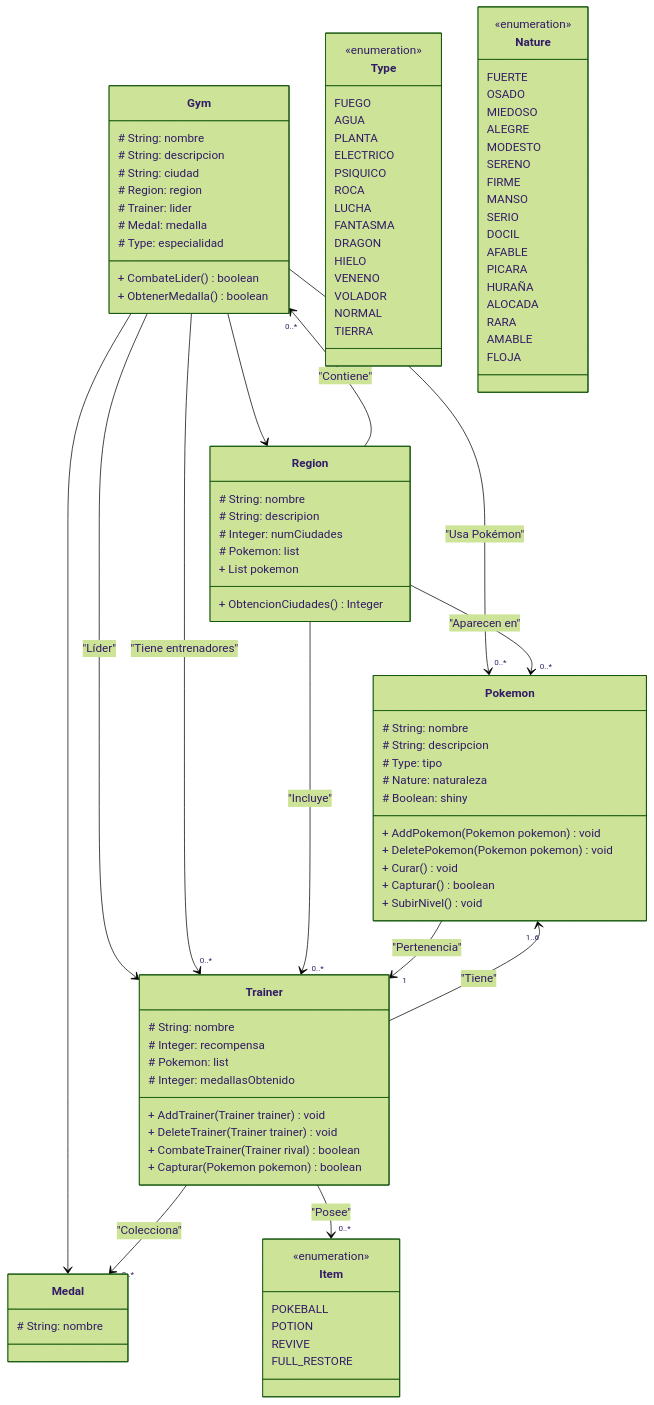
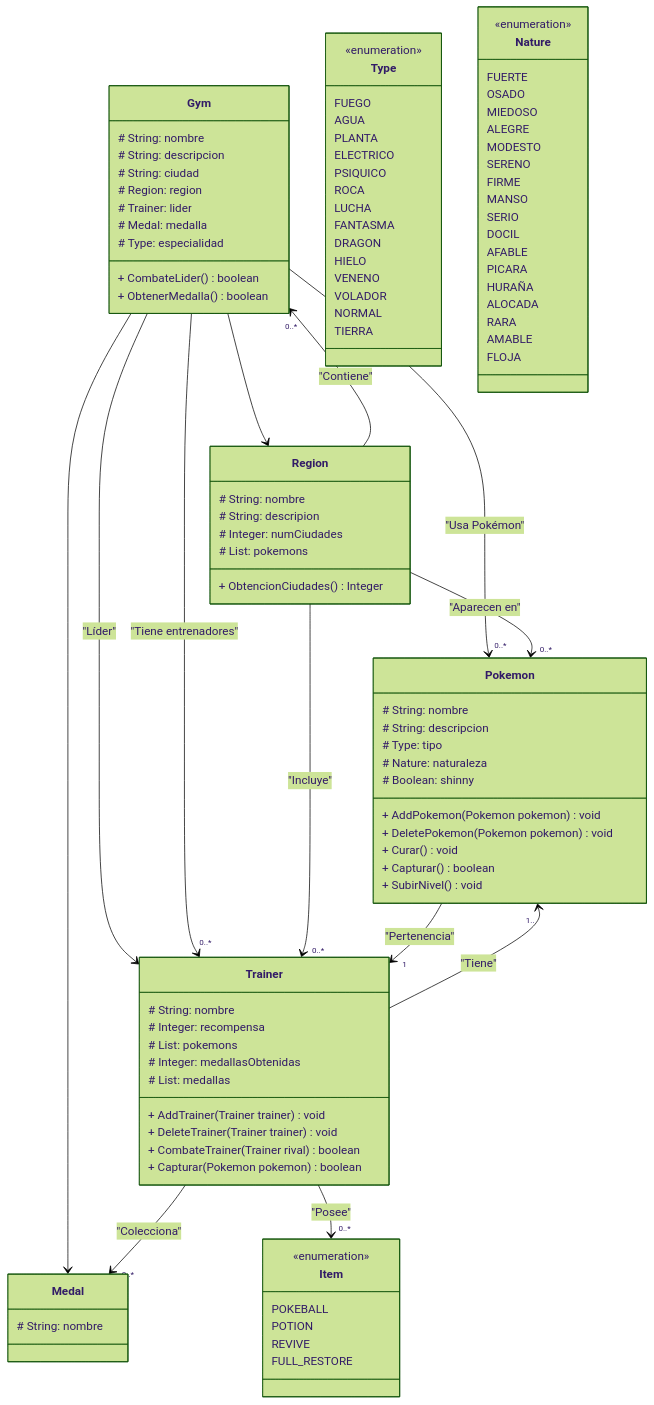
The diagram in EEDD/PokeDev/Readme.md (AngelRagel05/Angel-1DAW), drawn with Mermaid (forest theme) before and after one commit.

Commit message:
Subo avance PokeDev

```diff
--- a/EEDD/PokeDev/Readme.md
+++ b/EEDD/PokeDev/Readme.md
@@ -18,10 +18,9 @@
             # String: nombre
             # String: descripion
             # Integer: numCiudades
-            # Pokemon: list
+            # List<Pokemon>: pokemons
 
             + ObtencionCiudades () Integer
-            + List<Pokemon> pokemon
         }
 
         class Pokemon {
@@ -29,7 +28,7 @@
             # String: descripcion
             # Type: tipo
             # Nature: naturaleza
-            # Boolean: shiny
+            # Boolean: shinny
 
             + AddPokemon (Pokemon pokemon) void
             + DeletePokemon (Pokemon pokemon) void
@@ -41,8 +40,9 @@
         class Trainer {
             # String: nombre
             # Integer: recompensa
-            # Pokemon: list
-            # Integer: medallasObtenido
+            # List<Pokemon>: pokemons
+            # Integer: medallasObtenidas
+            # List<Medal>: medallas
 
             + AddTrainer (Trainer trainer) void
             + DeleteTrainer (Trainer trainer) void
@@ -107,7 +107,7 @@
     Gym --> "0..*" Trainer : "Tiene entrenadores"
     Gym --> "0..*" Pokemon : "Usa Pokémon"
 
-    Trainer --> "1..6" Pokemon : "Tiene"
+    Trainer --> "1.." Pokemon : "Tiene"
     Trainer --> "0..*" Medal : "Colecciona"
     Trainer --> "0..*" Item : "Posee"
 
```
